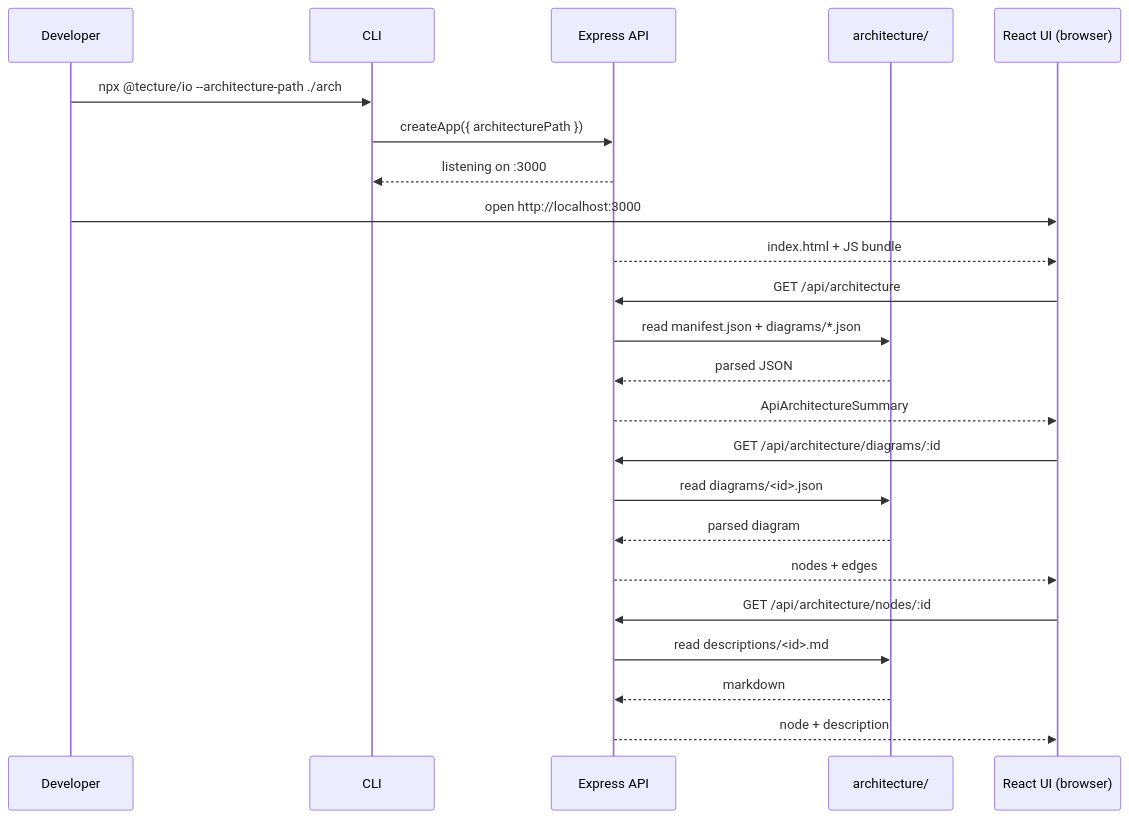
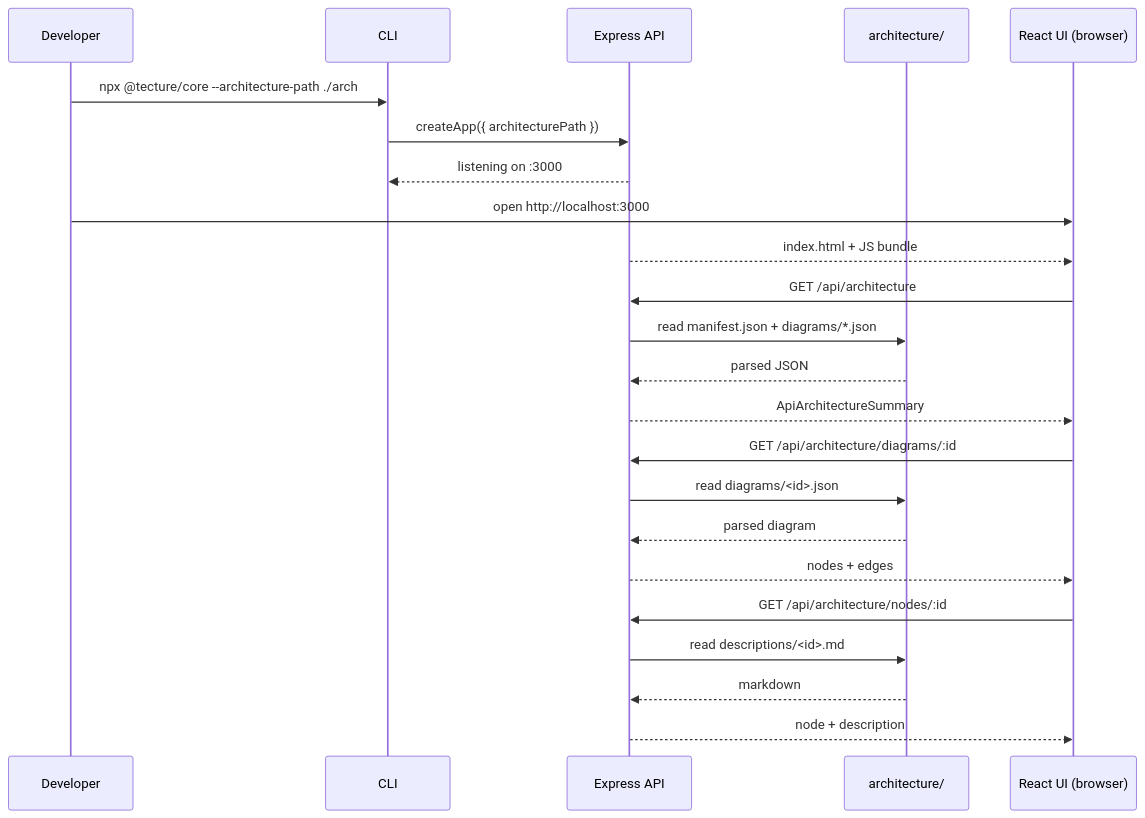
Before and after one commit to tecture-io/tecture: the diagram in architecture/descriptions/tecture-io.md, drawn with Mermaid. The commit also changed other lines of this file and 6 other files, not shown here.

First line of the commit message:
chore: complete @tecture/io → @tecture/core rename

````diff
--- a/architecture/descriptions/tecture-io.md
+++ b/architecture/descriptions/tecture-io.md
@@ -16,25 +16,25 @@
 ```mermaid
 sequenceDiagram
   participant Dev as Developer
   participant CLI as CLI
   participant API as Express API
   participant FS as architecture/
   participant UI as React UI (browser)
-  Dev->>CLI: npx @tecture/io --architecture-path ./arch
+  Dev->>CLI: npx @tecture/core --architecture-path ./arch
   CLI->>API: createApp({ architecturePath })
   API-->>CLI: listening on :3000
   Dev->>UI: open http://localhost:3000
   API-->>UI: index.html + JS bundle
   UI->>API: GET /api/architecture
   API->>FS: read manifest.json + diagrams/*.json
   FS-->>API: parsed JSON
   API-->>UI: ApiArchitectureSummary
   UI->>API: GET /api/architecture/diagrams/:id
   API->>FS: read diagrams/<id>.json
   FS-->>API: parsed diagram
   API-->>UI: nodes + edges
   UI->>API: GET /api/architecture/nodes/:id
   API->>FS: read descriptions/<id>.md
   FS-->>API: markdown
   API-->>UI: node + description
 ```
````
